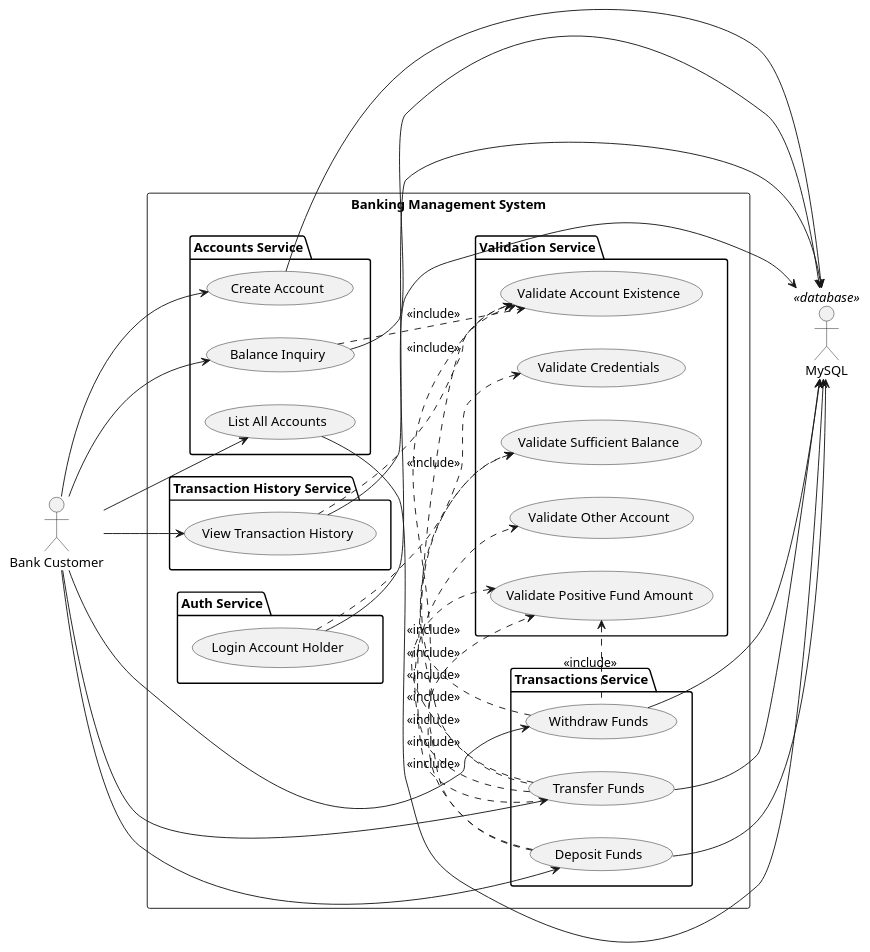
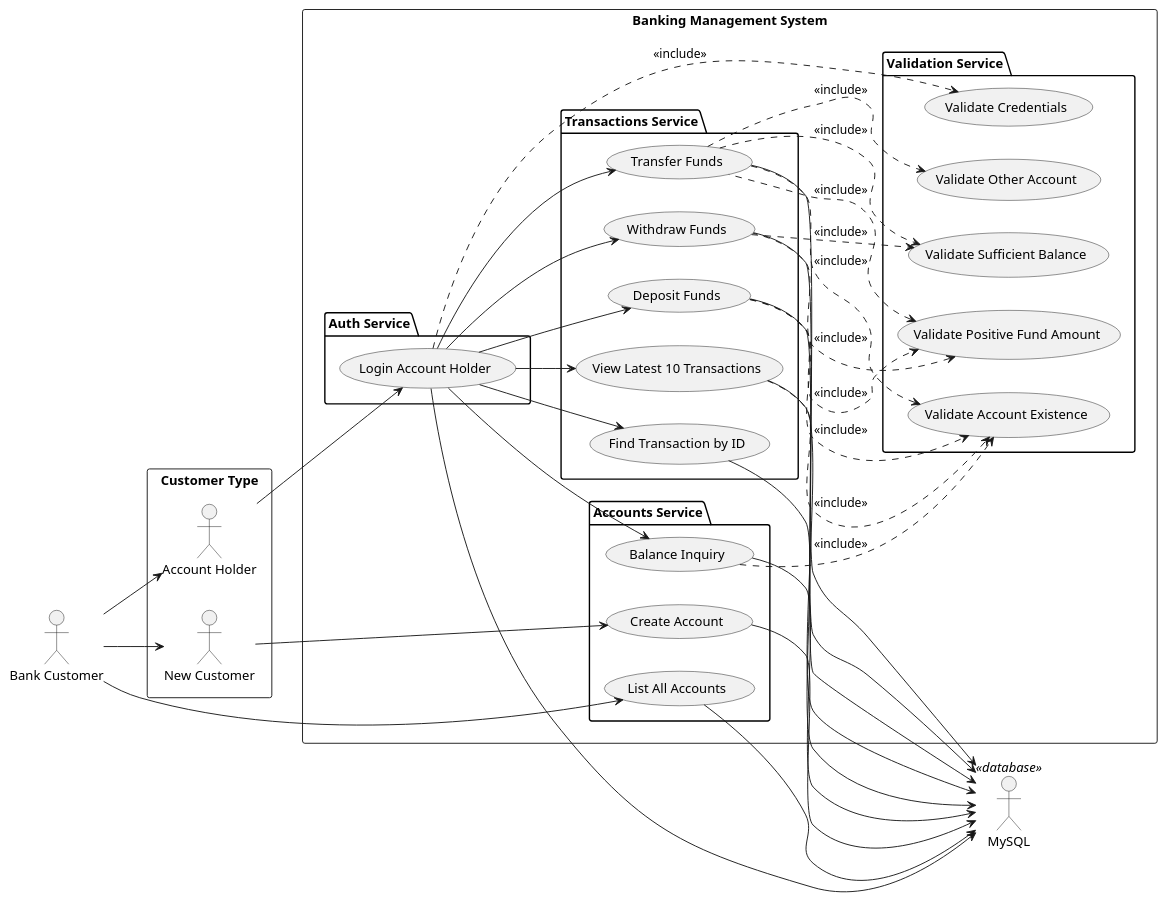
One commit to rvmchua/prj-project changed the diagram in uml/use-case.puml. Above: the diagram before and after it, drawn with PlantUML. The commit also changed 24 other files, not shown here.

```diff
--- a/uml/use-case.puml
+++ b/uml/use-case.puml
@@ -1,71 +1,83 @@
 @startuml
 actor "Bank Customer" as user
+
 actor MySQL as db <<database>>
 
 left to right direction
+
+rectangle "Customer Type" {
+    actor "Account Holder" as old
+    actor "New Customer" as new
+}
+
 rectangle "Banking Management System"{
 
 package "Auth Service" {
     usecase "Login Account Holder" as (login)
 }
 
 package "Accounts Service" {
     usecase "Create Account" as (create)
     usecase "Balance Inquiry" as (balance)
     usecase "List All Accounts" as (listAccounts)
 }
 
 package "Transactions Service" {
     usecase "Deposit Funds" as (deposit)
     usecase "Withdraw Funds" as (withdraw)
     usecase "Transfer Funds" as (transfer)
-}
-
-package "Transaction History Service" {
-    usecase "View Transaction History" as (history)
+    usecase "View Latest 10 Transactions" as (history)
+    usecase "Find Transaction by ID" as (findId)
 }
 
 package "Validation Service" {
     usecase "Validate Sufficient Balance" as (sufficient)
     usecase "Validate Positive Fund Amount" as (positive)
     usecase "Validate Account Existence" as (exists)
     usecase "Validate Other Account" as (toOtherAccount)
     usecase "Validate Credentials" as (auth)
 }
 }
 
-user -down-> (create)
-user -d-> (balance)
+user -d-> new
+user -d-> old
+
+old -d-> (login)
+
+new -down-> (create)
+(login) -d-> (balance)
 user -d-> (listAccounts)
-user -d-> (deposit)
-user -d-> (withdraw)
-user -d-> (transfer)
-user -d-> (history)
+(login) -d-> (deposit)
+(login) -d-> (withdraw)
+(login) -d-> (transfer)
+(login) -d-> (history)
+(login) -d-> (findId)
 
 db <-up- (create)
 db <-up- (balance)
 db <-up- (listAccounts)
 db <-up- (deposit)
 db <-up- (withdraw)
 db <-up- (transfer)
 db <-up- (history)
 db <-u- (login)
+db <-u- (findId)
 
 (login) .d.> (auth) : <<include>>
 (balance) .d.> (exists) : <<include>>
 
 (deposit) .d.> (positive) : <<include>>
 (deposit) .d.> (exists) : <<include>>
 
 (withdraw) .r.> (sufficient) : <<include>>
 (withdraw) .l.> (positive) : <<include>>
 
 (transfer) .r.> (toOtherAccount) : <<include>>
 (transfer) .d.> (sufficient) : <<include>>
 (transfer) .l.> (positive) : <<include>>
 (transfer) .l.> (exists) : <<include>>
 
 (history) .d.> (exists) : <<include>>
 
 
 @enduml
```
